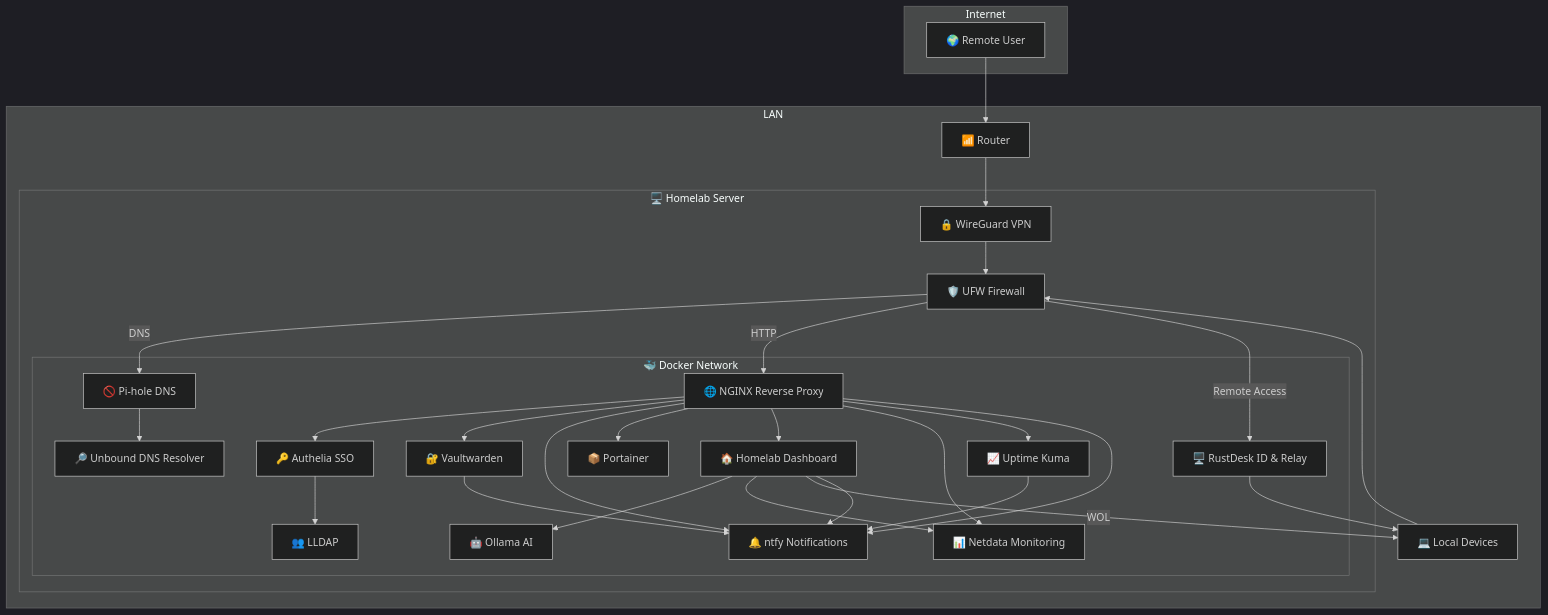
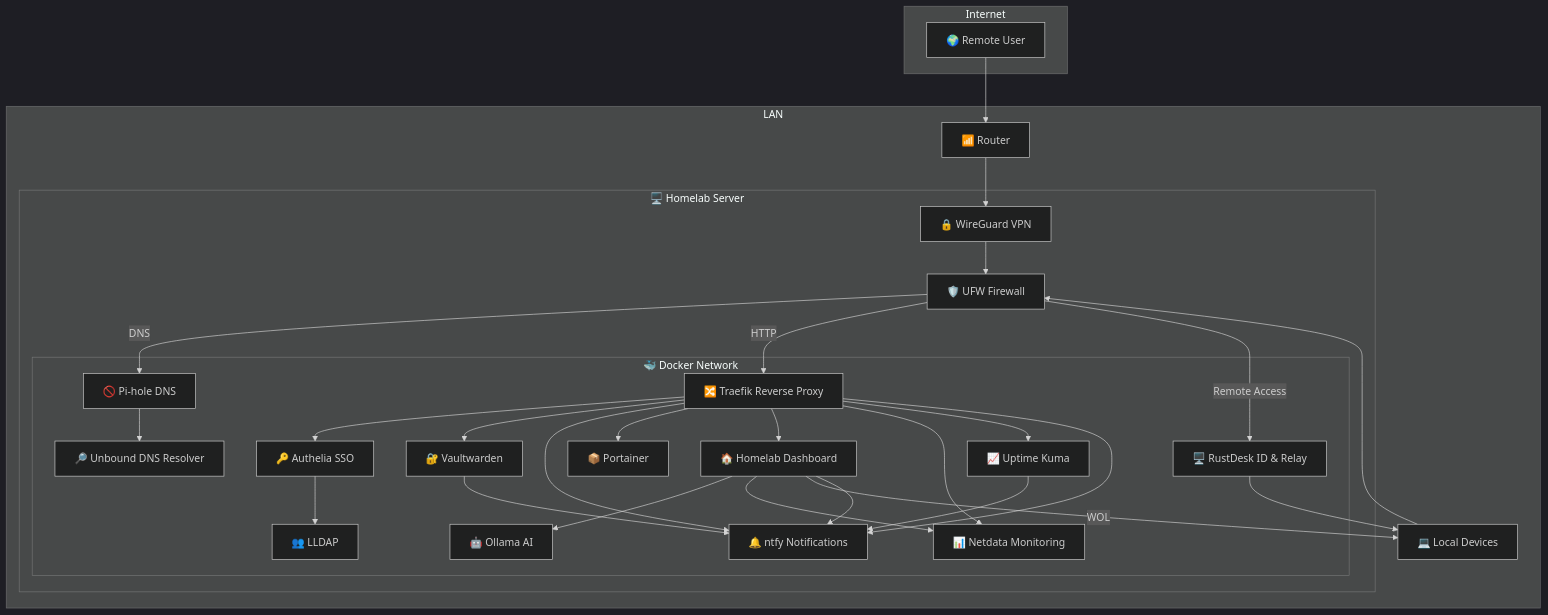
One commit to satsinush/homelab changed the diagram in README.md. Above: the diagram before and after it, drawn with Mermaid. The commit also changed other lines of this file and 8 other files, not shown here.

First line of the commit message:
feat: migrate reverse proxy from Nginx to Traefik v3 with hybrid SSL support

````diff
--- a/README.md
+++ b/README.md
@@ -47,71 +66,71 @@
 ```mermaid
 %%{init: {
     "theme": "dark"
 }}%%
 graph TD
     %% INTERNET
     subgraph Internet
         RemoteClient[🌍 Remote User]
     end
 
     %% LAN
     subgraph LAN
         Router[📶 Router]
         LocalClient[💻 Local Devices]
 
         subgraph Server[🖥️ Homelab Server]
             WireGuard[🔒 WireGuard VPN]
             UFW[🛡️ UFW Firewall]
 
             subgraph Docker[🐳 Docker Network]
-                Nginx[🌐 NGINX Reverse Proxy]
+                Traefik[🔀 Traefik Reverse Proxy]
                 Authelia[🔑 Authelia SSO]
                 Vaultwarden[🔐 Vaultwarden]
                 Portainer[📦 Portainer]
                 Dashboard[🏠 Homelab Dashboard]
                 Ollama[🤖 Ollama AI]
                 Netdata[📊 Netdata Monitoring]
                 UptimeKuma[📈 Uptime Kuma]
                 Ntfy[🔔 ntfy Notifications]
                 LLDAP[👥 LLDAP]
                 Pihole[🚫 Pi-hole DNS]
                 Unbound[🔎 Unbound DNS Resolver]
                 Rustdesk[🖥️ RustDesk ID & Relay]
             end
         end
     end
 
     %% Entry chain
     RemoteClient --> Router --> WireGuard --> UFW
     LocalClient --> UFW
 
     %% DNS chain
     Pihole --> Unbound
     UFW -->|DNS| Pihole
 
     %% Firewall routes
-    UFW -->|HTTP| Nginx
+    UFW -->|HTTP| Traefik
     UFW -->|Remote Access| Rustdesk --> LocalClient
 
     %% Proxy/Auth flows
-    Nginx --> Authelia
-    Nginx --> Vaultwarden
-    Nginx --> Ntfy
-    Nginx --> Portainer
-    Nginx --> Dashboard
-    Nginx --> Netdata
-    Nginx --> UptimeKuma
-    Nginx --> Ntfy
+    Traefik --> Authelia
+    Traefik --> Vaultwarden
+    Traefik --> Ntfy
+    Traefik --> Portainer
+    Traefik --> Dashboard
+    Traefik --> Netdata
+    Traefik --> UptimeKuma
+    Traefik --> Ntfy
 
     Authelia --> LLDAP
 
     %% Dashboard flows
     Dashboard --> Ollama
     Dashboard --> Netdata
     Dashboard -->|WOL| LocalClient
     Dashboard --> Ntfy
 
     %% Notifications
     UptimeKuma --> Ntfy
     Vaultwarden --> Ntfy
 ```
````
